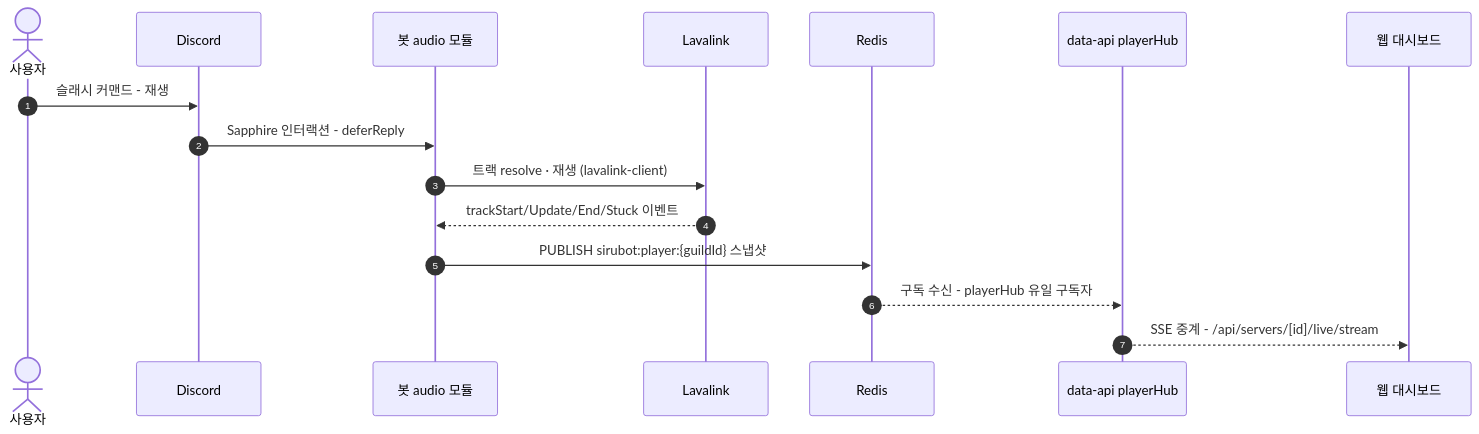
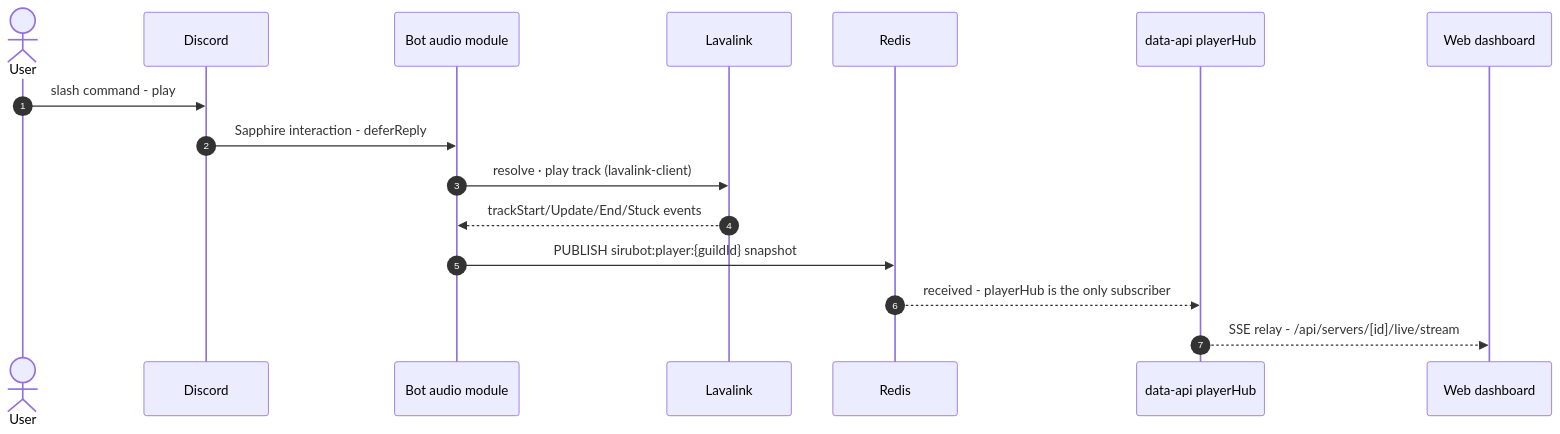
One commit to mochilabs/SiruBOT changed the sixth of 10 diagrams in docs/architecture.md. Above: the diagram before and after it, drawn with Mermaid. The commit also changed other lines of this file and 63 other files, not shown here.

````diff
--- a/docs/architecture.md
+++ b/docs/architecture.md
@@ -334,19 +356,19 @@
 ```mermaid
 sequenceDiagram
     autonumber
-    actor U as 사용자
+    actor U as User
     participant D as Discord
-    participant B as 봇 audio 모듈
+    participant B as Bot audio module
     participant L as Lavalink
     participant R as Redis
     participant DA as data-api playerHub
-    participant W as 웹 대시보드
+    participant W as Web dashboard
 
-    U->>D: 슬래시 커맨드 - 재생
-    D->>B: Sapphire 인터랙션 - deferReply
-    B->>L: 트랙 resolve · 재생 (lavalink-client)
-    L-->>B: trackStart/Update/End/Stuck 이벤트
-    B->>R: PUBLISH sirubot:player:{guildId} 스냅샷
-    R-->>DA: 구독 수신 - playerHub 유일 구독자
-    DA-->>W: SSE 중계 - /api/servers/[id]/live/stream
+    U->>D: slash command - play
+    D->>B: Sapphire interaction - deferReply
+    B->>L: resolve · play track (lavalink-client)
+    L-->>B: trackStart/Update/End/Stuck events
+    B->>R: PUBLISH sirubot:player:{guildId} snapshot
+    R-->>DA: received - playerHub is the only subscriber
+    DA-->>W: SSE relay - /api/servers/[id]/live/stream
 ```
````
